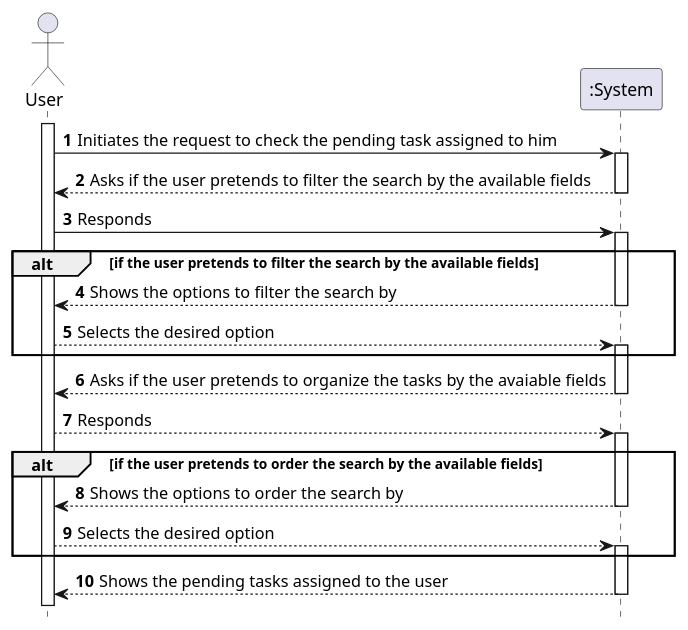
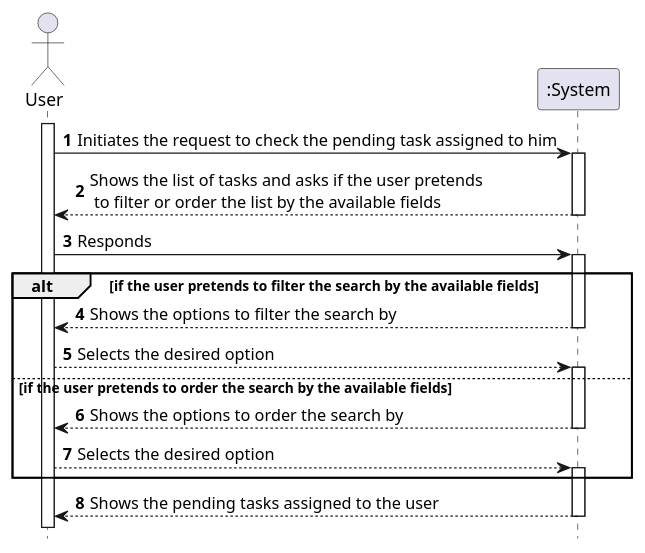
Before and after one commit to tiagoavcosta25/LAPR4: the diagram in doc/engenharia/SprintD/1191460/US-2-3021_ConsultAssignedPendingTasks/US-2-3021_SSD.puml, drawn with PlantUML.

Commit message:
LAPR4-128 #design #SSD [US-2-3021] SSD

```diff
--- a/doc/engenharia/SprintD/1191460/US-2-3021_ConsultAssignedPendingTasks/US-2-3021_SSD.puml
+++ b/doc/engenharia/SprintD/1191460/US-2-3021_ConsultAssignedPendingTasks/US-2-3021_SSD.puml
@@ -1,45 +1,39 @@
 @startuml
 autonumber
 hide footbox
 
 actor "User" as USER
 
 participant ":System" as SYST
 
 activate USER
 USER-> SYST : Initiates the request to check the pending task assigned to him
 activate SYST
-SYST --> USER: Asks if the user pretends to filter the search by the available fields
+
+SYST --> USER: Shows the list of tasks and asks if the user pretends\n to filter or order the list by the available fields
+
 deactivate SYST
 
 USER-> SYST : Responds
 activate SYST
 
 alt if the user pretends to filter the search by the available fields
     SYST --> USER: Shows the options to filter the search by
     deactivate SYST
 
     USER --> SYST: Selects the desired option
     activate SYST
-
-end alt
-
-SYST --> USER: Asks if the user pretends to organize the tasks by the avaiable fields
-deactivate SYST
-
-USER --> SYST: Responds
-activate SYST
-
-alt if the user pretends to order the search by the available fields
+else if the user pretends to order the search by the available fields
     SYST --> USER: Shows the options to order the search by
     deactivate SYST
 
     USER --> SYST: Selects the desired option
     activate SYST
+
 end alt
 
 SYST --> USER: Shows the pending tasks assigned to the user
 deactivate SYST
 
 
 @enduml
```
